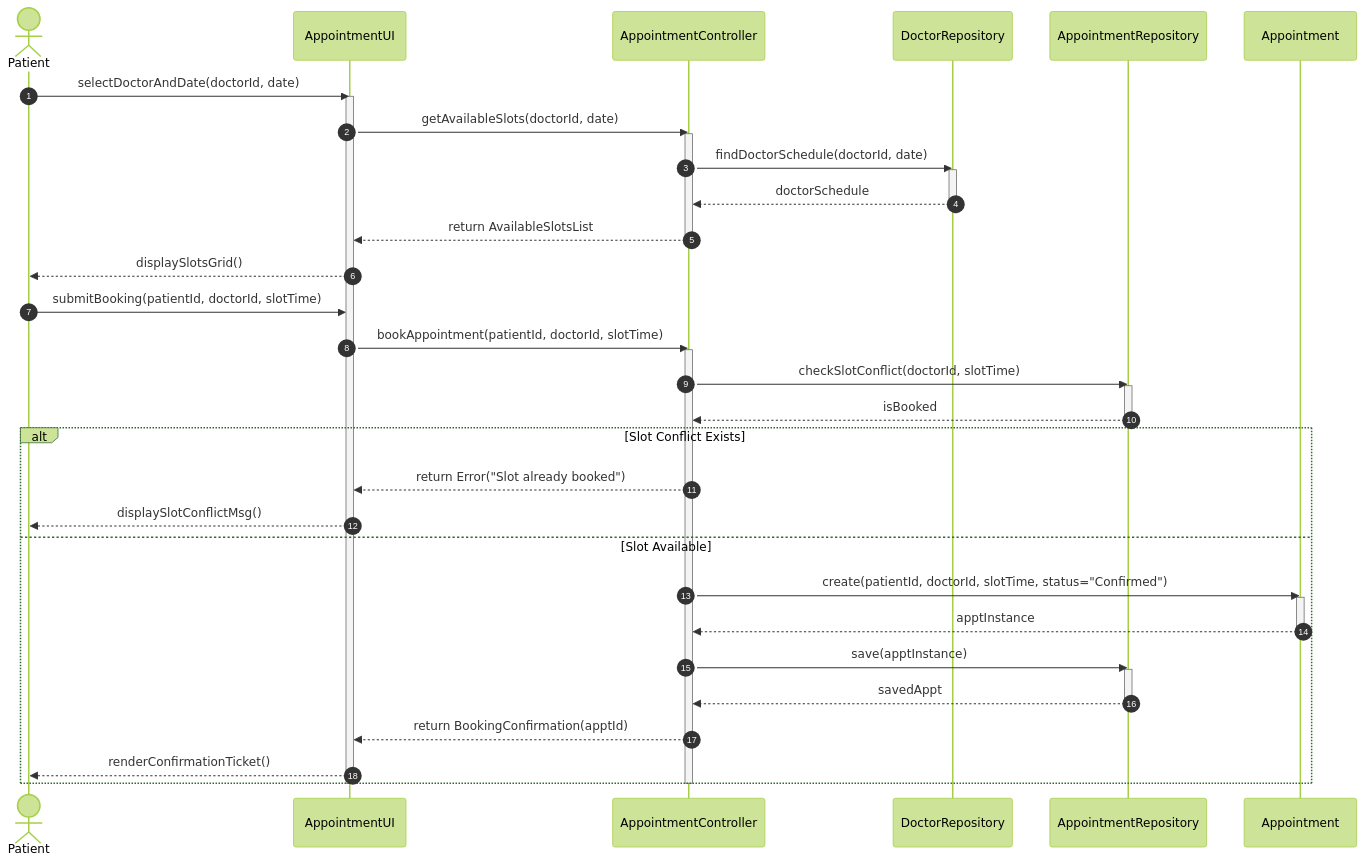
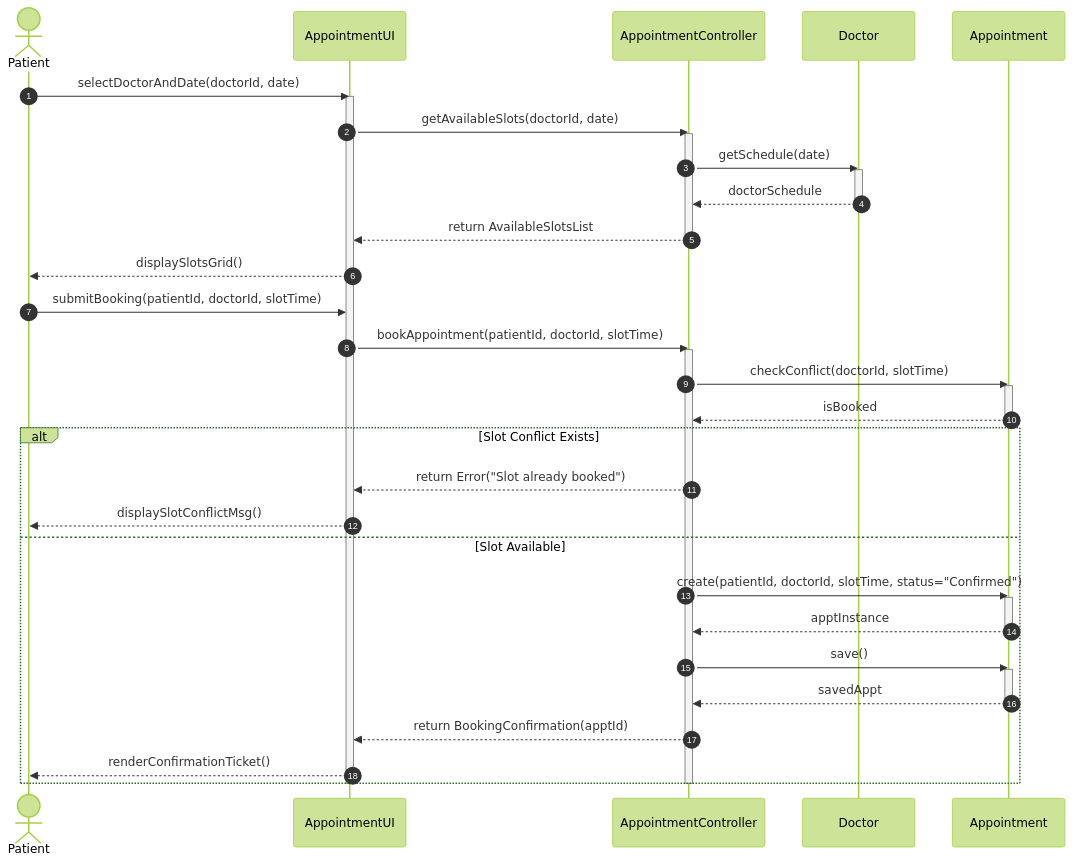
The diagram in experiment-06/detailed-sequence-diagrams/dsd-02-appointment-booking.mmd (saipraveen-k/Smart-Hospital-Management-System---UML), drawn with Mermaid (forest theme) before and after one commit. The commit also changed 11 other files, not shown here.

Commit message:
docs: add actor definitions, use case diagrams, and detailed sequence diagrams for the Smart Hospital Management System.

```diff
--- a/experiment-06/detailed-sequence-diagrams/dsd-02-appointment-booking.mmd
+++ b/experiment-06/detailed-sequence-diagrams/dsd-02-appointment-booking.mmd
@@ -1,45 +1,44 @@
 sequenceDiagram
     autonumber
     actor Patient as Patient
     participant UI as AppointmentUI
     participant Ctrl as AppointmentController
-    participant DocRepo as DoctorRepository
-    participant ApptRepo as AppointmentRepository
+    participant DocEntity as Doctor
     participant ApptEntity as Appointment
 
     Patient->>UI: selectDoctorAndDate(doctorId, date)
     activate UI
     UI->>Ctrl: getAvailableSlots(doctorId, date)
     activate Ctrl
-    Ctrl->>DocRepo: findDoctorSchedule(doctorId, date)
-    activate DocRepo
-    DocRepo-->>Ctrl: doctorSchedule
-    deactivate DocRepo
+    Ctrl->>DocEntity: getSchedule(date)
+    activate DocEntity
+    DocEntity-->>Ctrl: doctorSchedule
+    deactivate DocEntity
     Ctrl-->>UI: return AvailableSlotsList
     deactivate Ctrl
     UI-->>Patient: displaySlotsGrid()
 
     Patient->>UI: submitBooking(patientId, doctorId, slotTime)
     UI->>Ctrl: bookAppointment(patientId, doctorId, slotTime)
     activate Ctrl
-    Ctrl->>ApptRepo: checkSlotConflict(doctorId, slotTime)
-    activate ApptRepo
-    ApptRepo-->>Ctrl: isBooked
-    deactivate ApptRepo
+    Ctrl->>ApptEntity: checkConflict(doctorId, slotTime)
+    activate ApptEntity
+    ApptEntity-->>Ctrl: isBooked
+    deactivate ApptEntity
     alt Slot Conflict Exists
         Ctrl-->>UI: return Error("Slot already booked")
         UI-->>Patient: displaySlotConflictMsg()
     else Slot Available
         Ctrl->>ApptEntity: create(patientId, doctorId, slotTime, status="Confirmed")
         activate ApptEntity
         ApptEntity-->>Ctrl: apptInstance
         deactivate ApptEntity
-        Ctrl->>ApptRepo: save(apptInstance)
-        activate ApptRepo
-        ApptRepo-->>Ctrl: savedAppt
-        deactivate ApptRepo
+        Ctrl->>ApptEntity: save()
+        activate ApptEntity
+        ApptEntity-->>Ctrl: savedAppt
+        deactivate ApptEntity
         Ctrl-->>UI: return BookingConfirmation(apptId)
         UI-->>Patient: renderConfirmationTicket()
     end
     deactivate Ctrl
     deactivate UI
```
